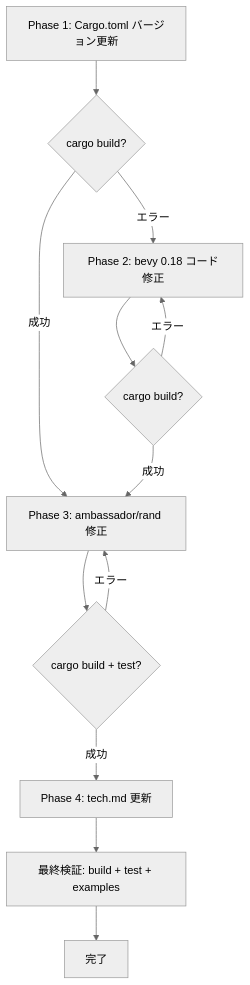
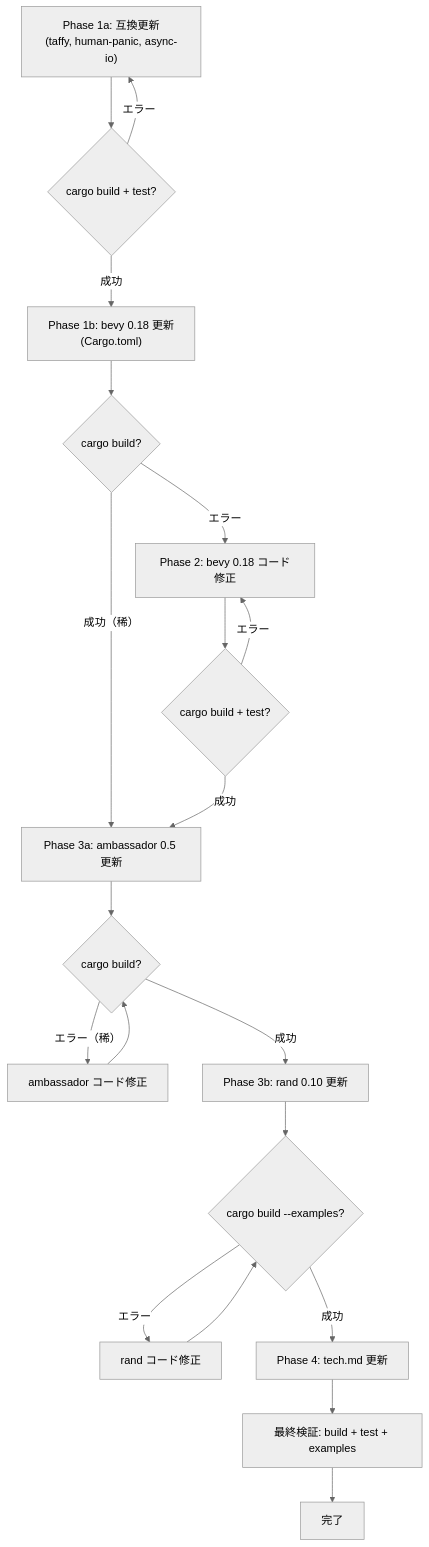
Before and after one commit to ekicyou/dcomp_sample-rs: the second of 2 diagrams in .kiro/specs/deps-update/design.md, drawn with Mermaid (neutral theme). The commit also changed other lines of this file, not shown here.

````diff
--- a/.kiro/specs/deps-update/design.md
+++ b/.kiro/specs/deps-update/design.md
@@ -236,14 +265,22 @@
 ```mermaid
 flowchart TD
-    P1["Phase 1: Cargo.toml バージョン更新"] --> C1{"cargo build?"}
-    C1 -- "エラー" --> P2["Phase 2: bevy 0.18 コード修正"]
-    C1 -- "成功" --> P3
-    P2 --> C2{"cargo build?"}
+    P1a["Phase 1a: 互換更新<br/>(taffy, human-panic, async-io)"] --> C1a{"cargo build + test?"}
+    C1a -- "成功" --> P1b["Phase 1b: bevy 0.18 更新<br/>(Cargo.toml)"] 
+    C1a -- "エラー" --> P1a
+    P1b --> C1b{"cargo build?"}
+    C1b -- "エラー" --> P2["Phase 2: bevy 0.18 コード修正"]
+    C1b -- "成功（稀）" --> P3a
+    P2 --> C2{"cargo build + test?"}
     C2 -- "エラー" --> P2
-    C2 -- "成功" --> P3["Phase 3: ambassador/rand 修正"]
-    P3 --> C3{"cargo build + test?"}
-    C3 -- "エラー" --> P3
-    C3 -- "成功" --> P4["Phase 4: tech.md 更新"]
-    P4 --> V["最終検証: build + test + examples"]
+    C2 -- "成功" --> P3a["Phase 3a: ambassador 0.5 更新"]
+    P3a --> C3a{"cargo build?"}
+    C3a -- "エラー（稀）" --> FIX3a["ambassador コード修正"]
+    C3a -- "成功" --> P3b
+    FIX3a --> C3a
+    P3b["Phase 3b: rand 0.10 更新"] --> C3b{"cargo build --examples?"}
+    C3b -- "エラー" --> FIX3b["rand コード修正"]
+    C3b -- "成功" --> P4
+    FIX3b --> C3b
+    P4["Phase 4: tech.md 更新"] --> V["最終検証: build + test + examples"]
     V --> DONE["完了"]
 ```
````
